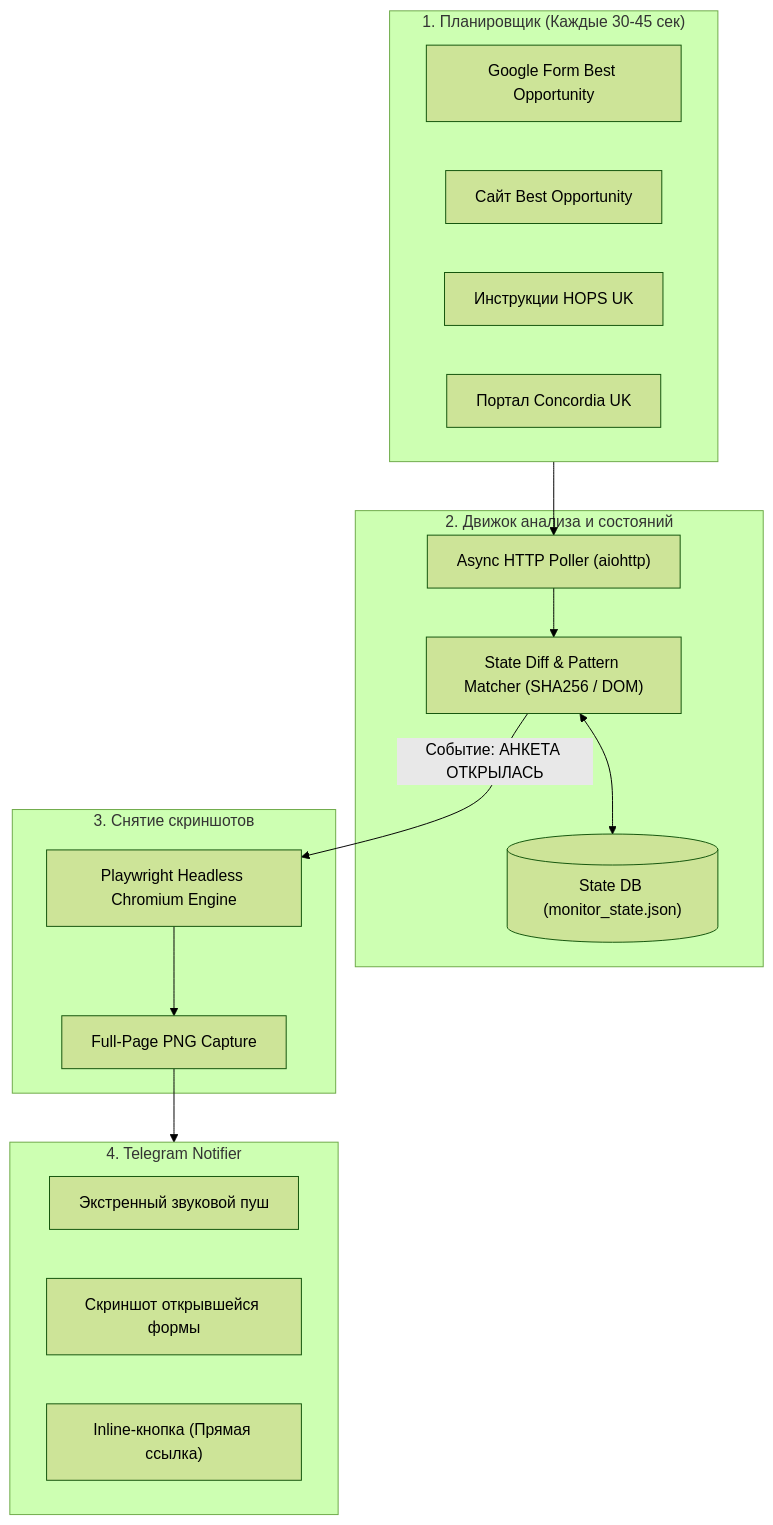
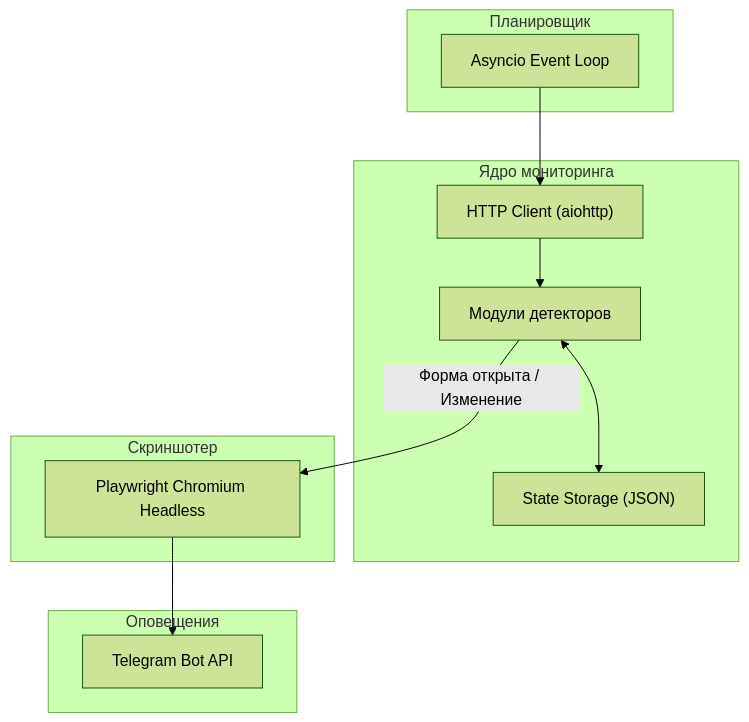
Before and after one commit to booowieee/england-bot-watcher: the diagram in README.md, drawn with Mermaid (forest theme). The commit also changed other lines of this file and 11 other files, not shown here.

````diff
--- a/README.md
+++ b/README.md
@@ -25,33 +39,26 @@
 ```mermaid
-flowchart TD
-    subgraph Scheduler ["1. Планировщик (Каждые 30-45 сек)"]
-        T1["Google Form Best Opportunity"]
-        T2["Сайт Best Opportunity"]
-        T3["Инструкции HOPS UK"]
-        T4["Портал Concordia UK"]
+graph TD
+    subgraph Scheduler ["Планировщик"]
+        Loop["Asyncio Event Loop"]
     end
 
-    subgraph Engine ["2. Движок анализа и состояний"]
-        HTTP["Async HTTP Poller (aiohttp)"]
-        Diff["State Diff & Pattern Matcher (SHA256 / DOM)"]
-        Storage[("State DB (monitor_state.json)")]
+    subgraph Engine ["Ядро мониторинга"]
+        HTTP["HTTP Client (aiohttp)"]
+        Detectors["Модули детекторов"]
+        State["State Storage (JSON)"]
     end
 
-    subgraph Verification ["3. Снятие скриншотов"]
-        Playwright["Playwright Headless Chromium Engine"]
-        Screenshot["Full-Page PNG Capture"]
+    subgraph Verification ["Скриншотер"]
+        Browser["Playwright Chromium Headless"]
     end
 
-    subgraph Notifier ["4. Telegram Notifier"]
-        TG_Alert["Экстренный звуковой пуш"]
-        TG_Photo["Скриншот открывшейся формы"]
-        TG_Btn["Inline-кнопка (Прямая ссылка)"]
+    subgraph Notifications ["Оповещения"]
+        Telegram["Telegram Bot API"]
     end
 
-    Scheduler --> HTTP
-    HTTP --> Diff
-    Diff <--> Storage
-    Diff -->|Событие: АНКЕТА ОТКРЫЛАСЬ| Playwright
-    Playwright --> Screenshot
-    Screenshot --> Notifier
+    Loop --> HTTP
+    HTTP --> Detectors
+    Detectors <--> State
+    Detectors -->|Форма открыта / Изменение| Browser
+    Browser --> Telegram
 ```
````
